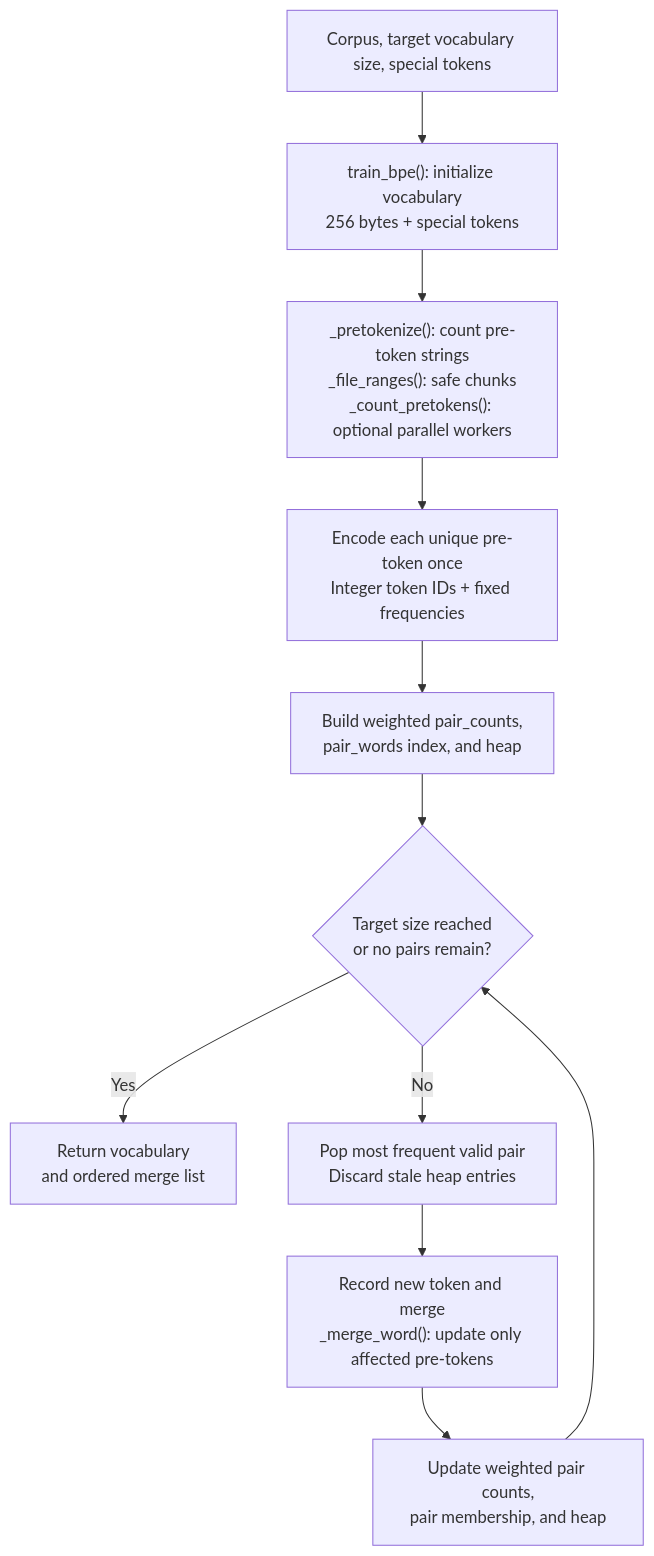
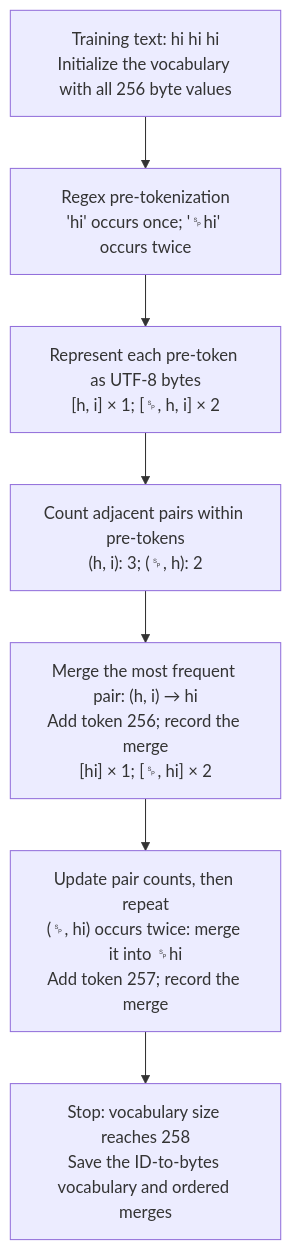
One commit to zhenduowen/cs336-assignment1-basics changed the diagram in assignment1_notes.md. Above: the diagram before and after it, drawn with Mermaid. The commit also changed other lines of this file, not shown here.

````diff
--- a/assignment1_notes.md
+++ b/assignment1_notes.md
@@ -231,13 +390,11 @@
 ```mermaid
 flowchart TD
-    A["Corpus, target vocabulary size, special tokens"] --> B["train_bpe(): initialize vocabulary<br/>256 bytes + special tokens"]
-    B --> C["_pretokenize(): count pre-token strings<br/>_file_ranges(): safe chunks<br/>_count_pretokens(): optional parallel workers"]
-    C --> D["Encode each unique pre-token once<br/>Integer token IDs + fixed frequencies"]
-    D --> E["Build weighted pair_counts,<br/>pair_words index, and heap"]
-    E --> F{"Target size reached<br/>or no pairs remain?"}
-    F -- Yes --> K["Return vocabulary<br/>and ordered merge list"]
-    F -- No --> G["Pop most frequent valid pair<br/>Discard stale heap entries"]
-    G --> H["Record new token and merge<br/>_merge_word(): update only affected pre-tokens"]
-    H --> I["Update weighted pair counts,<br/>pair membership, and heap"]
-    I --> F
+    A["Training text: hi hi hi<br/>Initialize the vocabulary with all 256 byte values"]
+    B["Regex pre-tokenization<br/>'hi' occurs once; '␠hi' occurs twice"]
+    C["Represent each pre-token as UTF-8 bytes<br/>[h, i] × 1; [␠, h, i] × 2"]
+    D["Count adjacent pairs within pre-tokens<br/>(h, i): 3; (␠, h): 2"]
+    E["Merge the most frequent pair: (h, i) → hi<br/>Add token 256; record the merge<br/>[hi] × 1; [␠, hi] × 2"]
+    F["Update pair counts, then repeat<br/>(␠, hi) occurs twice: merge it into ␠hi<br/>Add token 257; record the merge"]
+    G["Stop: vocabulary size reaches 258<br/>Save the ID-to-bytes vocabulary and ordered merges"]
+    A --> B --> C --> D --> E --> F --> G
 ```
````
